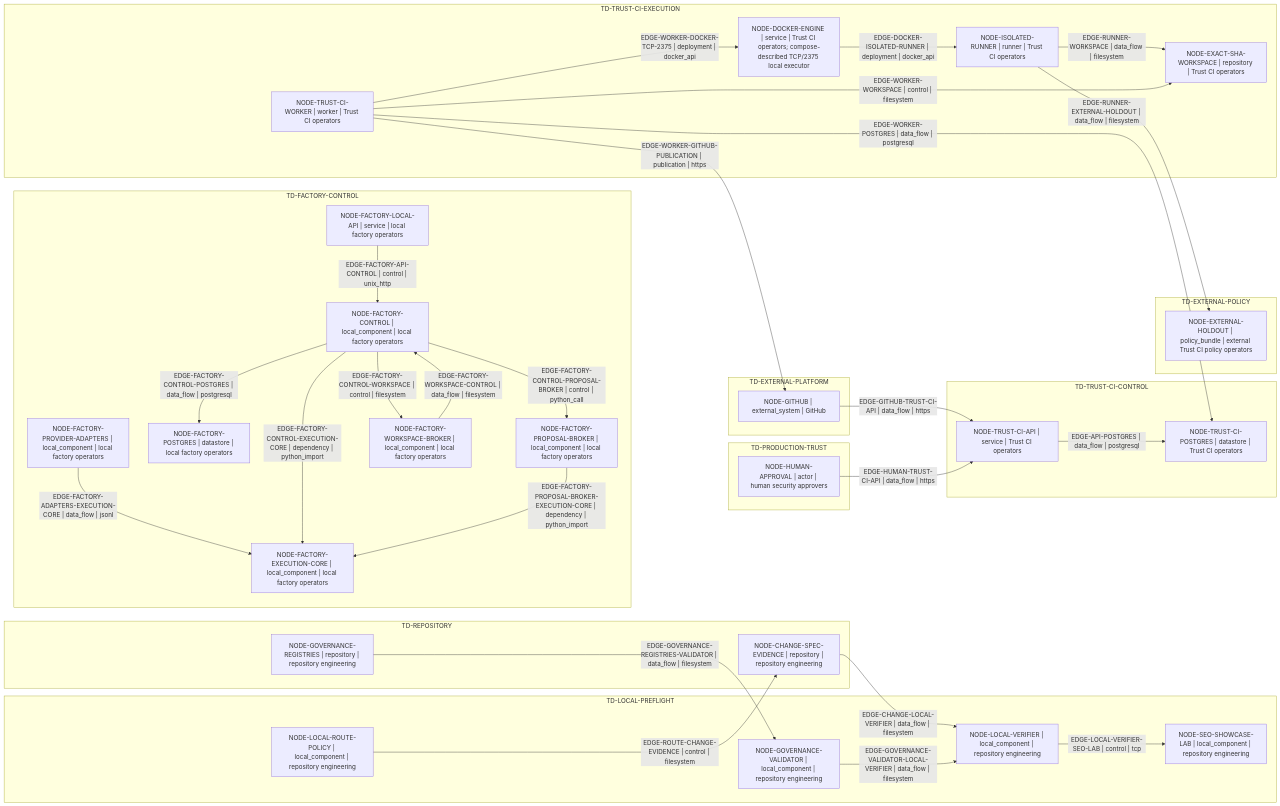
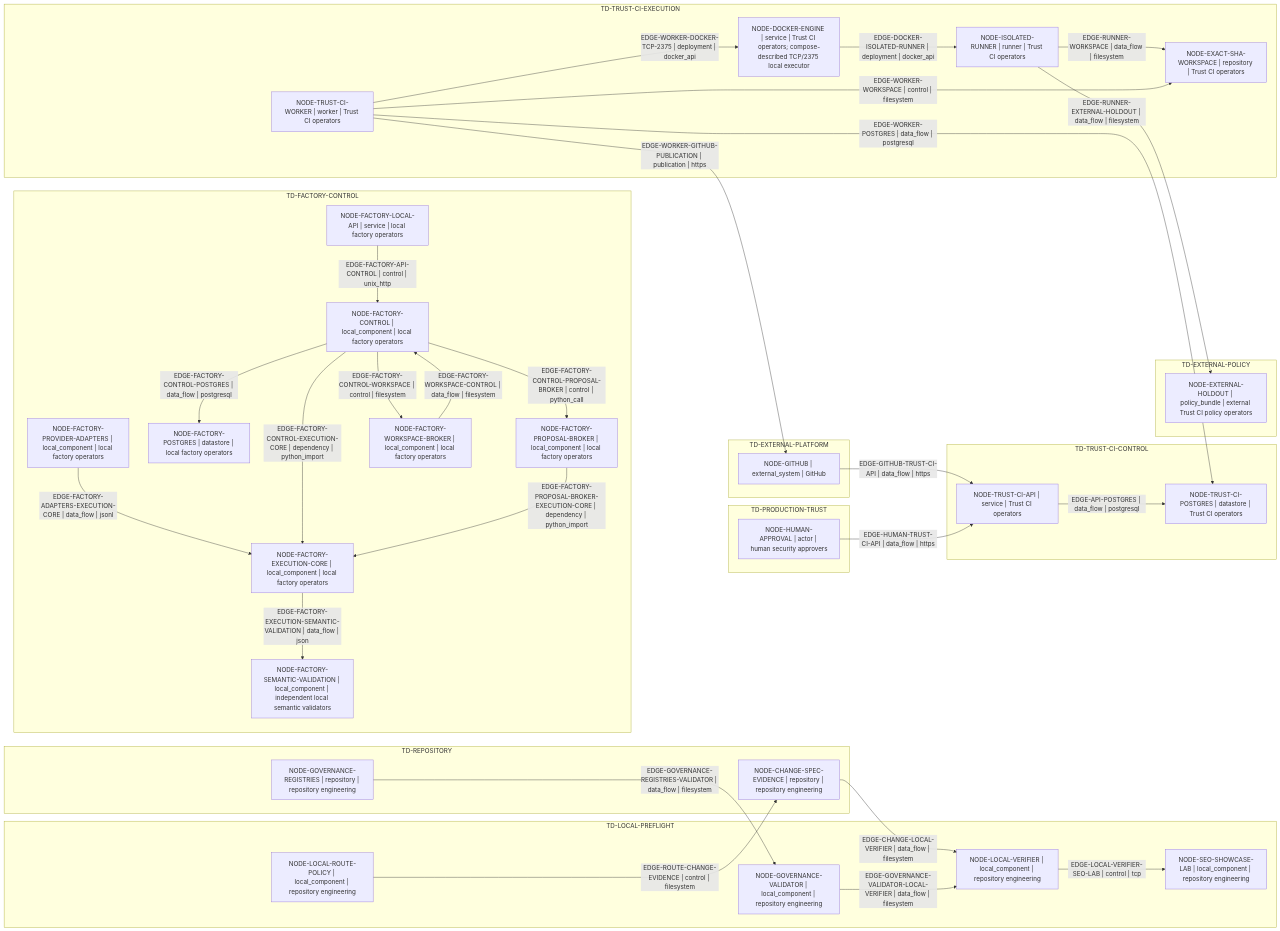
One commit to Dimkox/adaptive-grok-build-pro changed the diagram in architecture/generated/trust-boundary.mmd. Above: the diagram before and after it, drawn with Mermaid. The commit also changed 13 other files, not shown here.

Commit message:
test(m6): bind semantic validation architecture and seams

```diff
--- a/architecture/generated/trust-boundary.mmd
+++ b/architecture/generated/trust-boundary.mmd
@@ -1,62 +1,64 @@
 flowchart LR
   subgraph domain_96fb748595c57dce["TD-EXTERNAL-PLATFORM"]
     node_8b8a8cd21b180532["NODE-GITHUB | external_system | GitHub"]
   end
   subgraph domain_ece8d94ff661d9fb["TD-EXTERNAL-POLICY"]
     node_0a0fe2f046a648e9["NODE-EXTERNAL-HOLDOUT | policy_bundle | external Trust CI policy operators"]
   end
   subgraph domain_c4152908c77524f2["TD-FACTORY-CONTROL"]
     node_a6c166e55f8e1784["NODE-FACTORY-CONTROL | local_component | local factory operators"]
     node_0a087cfaed95a8ad["NODE-FACTORY-EXECUTION-CORE | local_component | local factory operators"]
     node_93915052ae8a2e67["NODE-FACTORY-LOCAL-API | service | local factory operators"]
     node_a77de286f8308fd4["NODE-FACTORY-POSTGRES | datastore | local factory operators"]
     node_21b552fdfa11f1c2["NODE-FACTORY-PROPOSAL-BROKER | local_component | local factory operators"]
     node_fae11f6a95d982dc["NODE-FACTORY-PROVIDER-ADAPTERS | local_component | local factory operators"]
+    node_c10acb5d92ad0ee0["NODE-FACTORY-SEMANTIC-VALIDATION | local_component | independent local semantic validators"]
     node_23f89cd7152cc030["NODE-FACTORY-WORKSPACE-BROKER | local_component | local factory operators"]
   end
   subgraph domain_fa5ae843eb45e375["TD-LOCAL-PREFLIGHT"]
     node_23677f8757246623["NODE-GOVERNANCE-VALIDATOR | local_component | repository engineering"]
     node_770cf3a1783e8525["NODE-LOCAL-ROUTE-POLICY | local_component | repository engineering"]
     node_23bed8fcbfc79861["NODE-LOCAL-VERIFIER | local_component | repository engineering"]
     node_d4421144c1dd4abe["NODE-SEO-SHOWCASE-LAB | local_component | repository engineering"]
   end
   subgraph domain_93c532f149d3e2d5["TD-PRODUCTION-TRUST"]
     node_e4e37173e410ad23["NODE-HUMAN-APPROVAL | actor | human security approvers"]
   end
   subgraph domain_734c10023f9857a2["TD-REPOSITORY"]
     node_8938bd3db1932751["NODE-CHANGE-SPEC-EVIDENCE | repository | repository engineering"]
     node_dfd1104494c6ab8f["NODE-GOVERNANCE-REGISTRIES | repository | repository engineering"]
   end
   subgraph domain_7f80d82d053144ab["TD-TRUST-CI-CONTROL"]
     node_d0e570b2fbe52f98["NODE-TRUST-CI-API | service | Trust CI operators"]
     node_1a6c7efb2d08591b["NODE-TRUST-CI-POSTGRES | datastore | Trust CI operators"]
   end
   subgraph domain_65e7aeb3bb37c460["TD-TRUST-CI-EXECUTION"]
     node_4e78270f61d78ed8["NODE-DOCKER-ENGINE | service | Trust CI operators; compose-described TCP/2375 local executor"]
     node_2e8a7072de3f3743["NODE-EXACT-SHA-WORKSPACE | repository | Trust CI operators"]
     node_1c3a10ba26a8e80d["NODE-ISOLATED-RUNNER | runner | Trust CI operators"]
     node_070dda93443dcc1f["NODE-TRUST-CI-WORKER | worker | Trust CI operators"]
   end
   node_d0e570b2fbe52f98 -->|"EDGE-API-POSTGRES | data_flow | postgresql"| node_1a6c7efb2d08591b
   node_8938bd3db1932751 -->|"EDGE-CHANGE-LOCAL-VERIFIER | data_flow | filesystem"| node_23bed8fcbfc79861
   node_4e78270f61d78ed8 -->|"EDGE-DOCKER-ISOLATED-RUNNER | deployment | docker_api"| node_1c3a10ba26a8e80d
   node_fae11f6a95d982dc -->|"EDGE-FACTORY-ADAPTERS-EXECUTION-CORE | data_flow | jsonl"| node_0a087cfaed95a8ad
   node_93915052ae8a2e67 -->|"EDGE-FACTORY-API-CONTROL | control | unix_http"| node_a6c166e55f8e1784
   node_a6c166e55f8e1784 -->|"EDGE-FACTORY-CONTROL-EXECUTION-CORE | dependency | python_import"| node_0a087cfaed95a8ad
   node_a6c166e55f8e1784 -->|"EDGE-FACTORY-CONTROL-POSTGRES | data_flow | postgresql"| node_a77de286f8308fd4
   node_a6c166e55f8e1784 -->|"EDGE-FACTORY-CONTROL-PROPOSAL-BROKER | control | python_call"| node_21b552fdfa11f1c2
   node_a6c166e55f8e1784 -->|"EDGE-FACTORY-CONTROL-WORKSPACE | control | filesystem"| node_23f89cd7152cc030
+  node_0a087cfaed95a8ad -->|"EDGE-FACTORY-EXECUTION-SEMANTIC-VALIDATION | data_flow | json"| node_c10acb5d92ad0ee0
   node_21b552fdfa11f1c2 -->|"EDGE-FACTORY-PROPOSAL-BROKER-EXECUTION-CORE | dependency | python_import"| node_0a087cfaed95a8ad
   node_23f89cd7152cc030 -->|"EDGE-FACTORY-WORKSPACE-CONTROL | data_flow | filesystem"| node_a6c166e55f8e1784
   node_8b8a8cd21b180532 -->|"EDGE-GITHUB-TRUST-CI-API | data_flow | https"| node_d0e570b2fbe52f98
   node_dfd1104494c6ab8f -->|"EDGE-GOVERNANCE-REGISTRIES-VALIDATOR | data_flow | filesystem"| node_23677f8757246623
   node_23677f8757246623 -->|"EDGE-GOVERNANCE-VALIDATOR-LOCAL-VERIFIER | data_flow | filesystem"| node_23bed8fcbfc79861
   node_e4e37173e410ad23 -->|"EDGE-HUMAN-TRUST-CI-API | data_flow | https"| node_d0e570b2fbe52f98
   node_23bed8fcbfc79861 -->|"EDGE-LOCAL-VERIFIER-SEO-LAB | control | tcp"| node_d4421144c1dd4abe
   node_770cf3a1783e8525 -->|"EDGE-ROUTE-CHANGE-EVIDENCE | control | filesystem"| node_8938bd3db1932751
   node_1c3a10ba26a8e80d -->|"EDGE-RUNNER-EXTERNAL-HOLDOUT | data_flow | filesystem"| node_0a0fe2f046a648e9
   node_1c3a10ba26a8e80d -->|"EDGE-RUNNER-WORKSPACE | data_flow | filesystem"| node_2e8a7072de3f3743
   node_070dda93443dcc1f -->|"EDGE-WORKER-DOCKER-TCP-2375 | deployment | docker_api"| node_4e78270f61d78ed8
   node_070dda93443dcc1f -->|"EDGE-WORKER-GITHUB-PUBLICATION | publication | https"| node_8b8a8cd21b180532
   node_070dda93443dcc1f -->|"EDGE-WORKER-POSTGRES | data_flow | postgresql"| node_1a6c7efb2d08591b
   node_070dda93443dcc1f -->|"EDGE-WORKER-WORKSPACE | control | filesystem"| node_2e8a7072de3f3743
```
